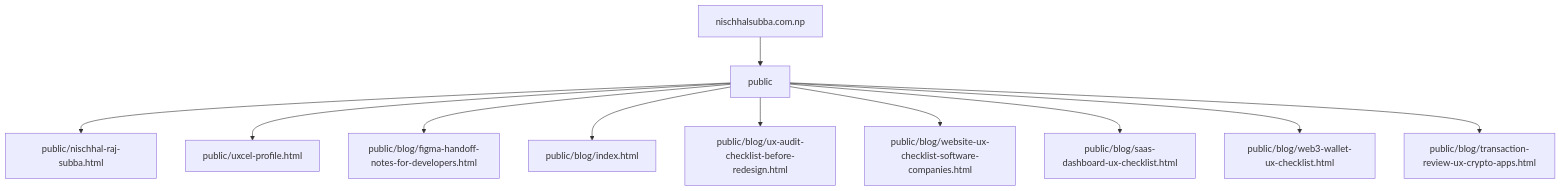
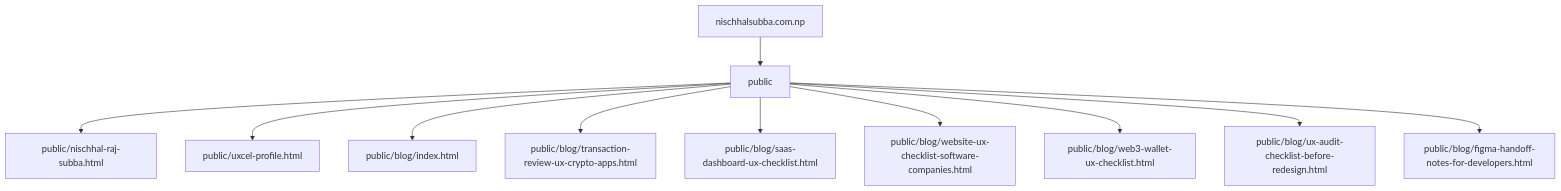
The second of 5 diagrams in README.md (Nischhalsubba/nischhalsubba.com.np), drawn with Mermaid before and after one commit.

Commit message:
docs: apply designer README standard

````diff
--- a/README.md
+++ b/README.md
@@ -92,14 +92,14 @@
 ```mermaid
 flowchart TD
     APP["nischhalsubba.com.np"]
     APP --> R0["public"]
     R0 --> F0["public/nischhal-raj-subba.html"]
     R0 --> F1["public/uxcel-profile.html"]
-    R0 --> F2["public/blog/figma-handoff-notes-for-developers.html"]
-    R0 --> F3["public/blog/index.html"]
-    R0 --> F4["public/blog/ux-audit-checklist-before-redesign.html"]
+    R0 --> F2["public/blog/index.html"]
+    R0 --> F3["public/blog/transaction-review-ux-crypto-apps.html"]
+    R0 --> F4["public/blog/saas-dashboard-ux-checklist.html"]
     R0 --> F5["public/blog/website-ux-checklist-software-companies.html"]
-    R0 --> F6["public/blog/saas-dashboard-ux-checklist.html"]
-    R0 --> F7["public/blog/web3-wallet-ux-checklist.html"]
-    R0 --> F8["public/blog/transaction-review-ux-crypto-apps.html"]
+    R0 --> F6["public/blog/web3-wallet-ux-checklist.html"]
+    R0 --> F7["public/blog/ux-audit-checklist-before-redesign.html"]
+    R0 --> F8["public/blog/figma-handoff-notes-for-developers.html"]
 ```
````
